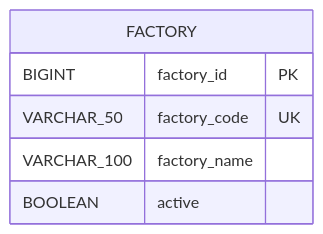
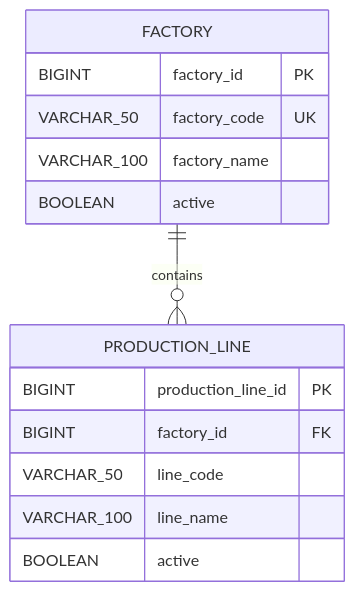
One commit to Juglee0527/aps-engine changed the diagram in docs/03-erd.md. Above: the diagram before and after it, drawn with Mermaid. The commit also changed other lines of this file and 17 other files, not shown here.

First line of the commit message:
feat: ProductionLine 도메인과 등록 API 추가

````diff
--- a/docs/03-erd.md
+++ b/docs/03-erd.md
@@ -5,9 +5,17 @@
 ```mermaid
 erDiagram
     FACTORY {
         BIGINT factory_id PK
         VARCHAR_50 factory_code UK
         VARCHAR_100 factory_name
         BOOLEAN active
     }
+    PRODUCTION_LINE {
+        BIGINT production_line_id PK
+        BIGINT factory_id FK
+        VARCHAR_50 line_code
+        VARCHAR_100 line_name
+        BOOLEAN active
+    }
+    FACTORY ||--o{ PRODUCTION_LINE : contains
 ```
````
